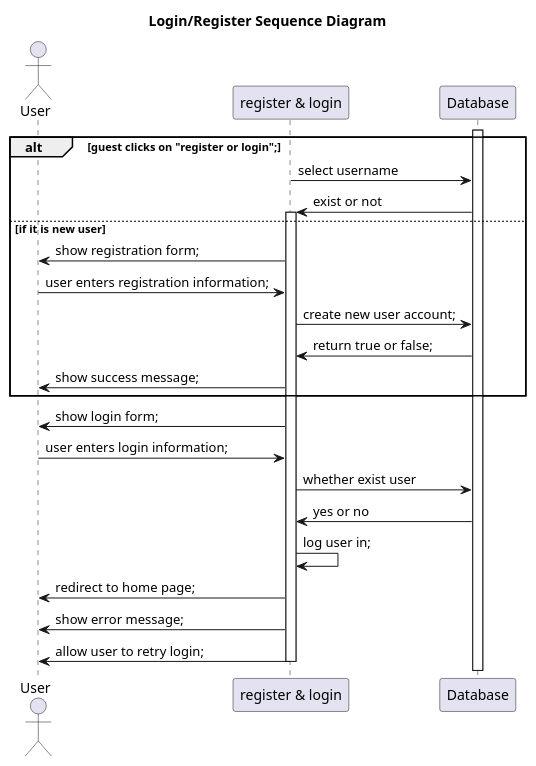
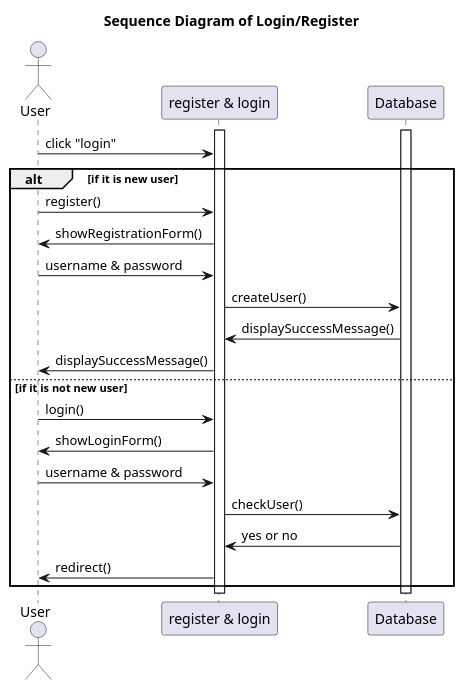
Before and after one commit to Vizards8/Hey_Badminton: the diagram in Sequence Diagram/register&login.puml, drawn with PlantUML.

Commit message:
Add sequence diagram

```diff
--- a/Sequence Diagram/register&login.puml
+++ b/Sequence Diagram/register&login.puml
@@ -1,33 +1,35 @@
 @startuml
-title Login/Register Sequence Diagram
+title Sequence Diagram of Login/Register
+
+actor User
 participant "register & login" as System
-actor User
-participant System
 participant Database
 
 activate Database
-alt guest clicks on "register or login";
-System -> Database: select username
-Database -> System: exist or not
-else if it is new user
 activate System
-System -> User: show registration form;
-User -> System: user enters registration information;
-System -> Database: create new user account;
-Database -> System: return true or false;
-System -> User: show success message;
-'deactivate System
+
+User -> System: click "login"
+
+alt if it is new user
+    User -> System: register()
+    System -> User: showRegistrationForm()
+    User -> System: username & password
+
+    System -> Database: createUser()
+    Database -> System: displaySuccessMessage()
+    System -> User: displaySuccessMessage()
+else if it is not new user
+    User -> System: login()
+    System -> User: showLoginForm()
+    User -> System: username & password
+
+    System -> Database: checkUser()
+    Database -> System: yes or no
+
+    System -> User: redirect()
 end
-'activate System
-System -> User: show login form;
-User -> System: user enters login information;
-System -> Database: whether exist user
-Database -> System: yes or no
-System -> System: log user in;
-System -> User: redirect to home page;
-System -> User: show error message;
-System -> User: allow user to retry login;
+
+deactivate Database
 deactivate System
 
-
 @enduml
```
